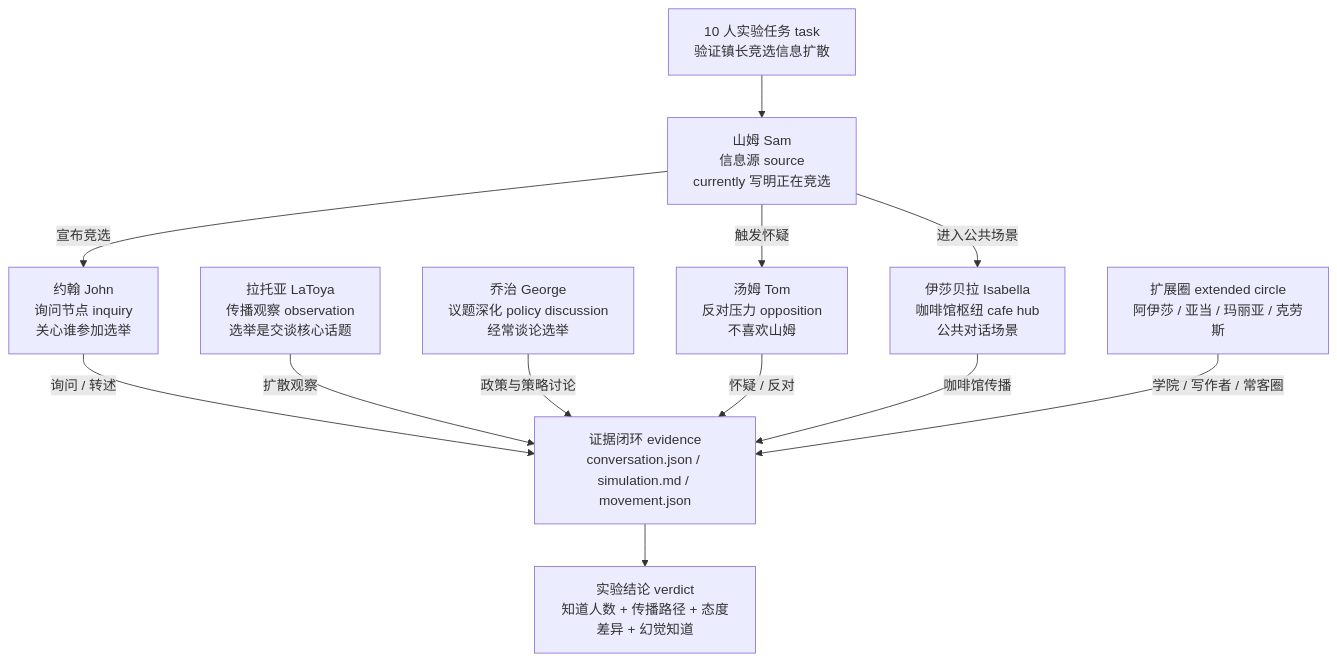
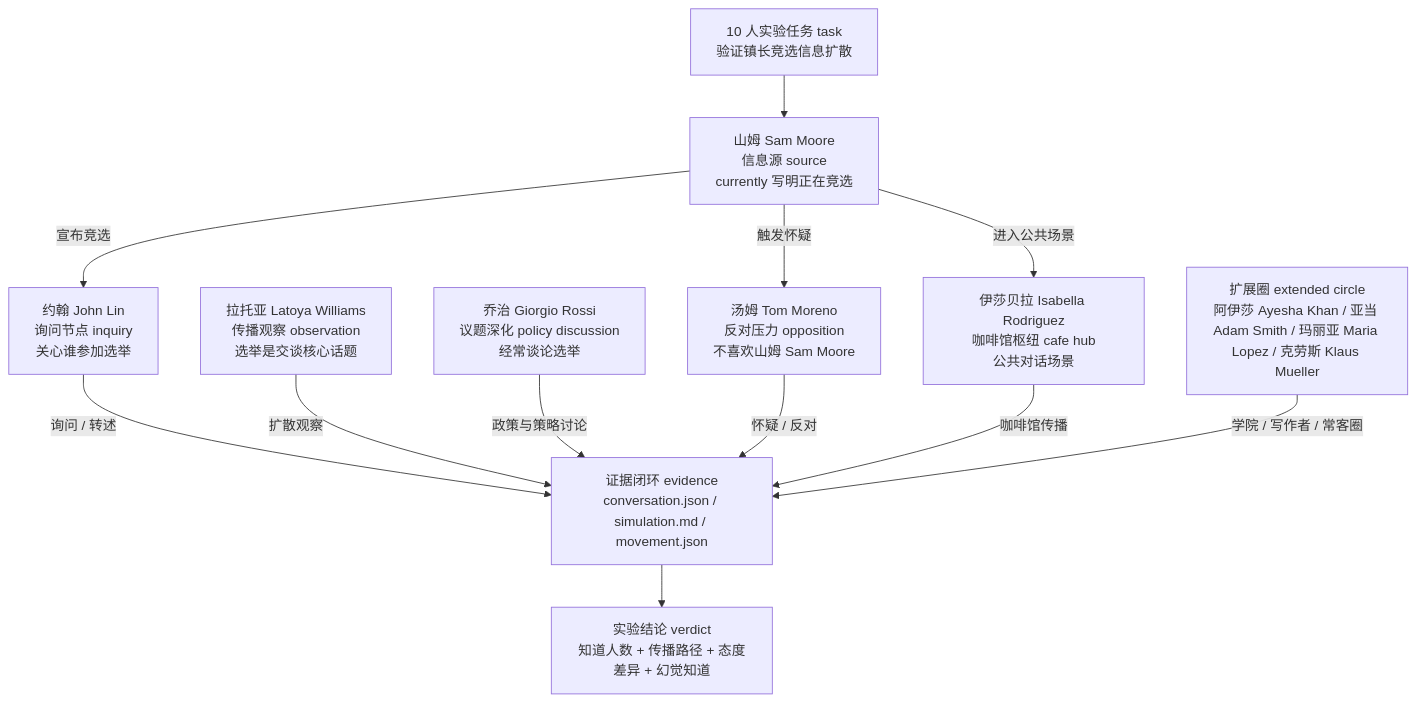
Before and after one commit to tbkken/GenerativeAgentsCN: the second of 7 diagrams in docs/book/manuscript/part_04/chapter_25.md, drawn with Mermaid. The commit also changed other lines of this file and 51 other files, not shown here.

````diff
--- a/docs/book/manuscript/part_04/chapter_25.md
+++ b/docs/book/manuscript/part_04/chapter_25.md
@@ -86,25 +86,25 @@
 ```mermaid
 flowchart TD
     Goal["10 人实验任务 task<br/>验证镇长竞选信息扩散"]
-    Sam["山姆 Sam<br/>信息源 source<br/>currently 写明正在竞选"]
-    Tom["汤姆 Tom<br/>反对压力 opposition<br/>不喜欢山姆"]
-    John["约翰 John<br/>询问节点 inquiry<br/>关心谁参加选举"]
-    Latoya["拉托亚 LaToya<br/>传播观察 observation<br/>选举是交谈核心话题"]
-    George["乔治 George<br/>议题深化 policy discussion<br/>经常谈论选举"]
-    Isabella["伊莎贝拉 Isabella<br/>咖啡馆枢纽 cafe hub<br/>公共对话场景"]
-    Extended["扩展圈 extended circle<br/>阿伊莎 / 亚当 / 玛丽亚 / 克劳斯"]
+    Sam["山姆 Sam Moore<br/>信息源 source<br/>currently 写明正在竞选"]
+    Tom["汤姆 Tom Moreno<br/>反对压力 opposition<br/>不喜欢山姆 Sam Moore"]
+    John["约翰 John Lin<br/>询问节点 inquiry<br/>关心谁参加选举"]
+    Latoya["拉托亚 Latoya Williams<br/>传播观察 observation<br/>选举是交谈核心话题"]
+    George["乔治 Giorgio Rossi<br/>议题深化 policy discussion<br/>经常谈论选举"]
+    Isabella["伊莎贝拉 Isabella Rodriguez<br/>咖啡馆枢纽 cafe hub<br/>公共对话场景"]
+    Extended["扩展圈 extended circle<br/>阿伊莎 Ayesha Khan / 亚当 Adam Smith / 玛丽亚 Maria Lopez / 克劳斯 Klaus Mueller"]
     Evidence["证据闭环 evidence<br/>conversation.json / simulation.md / movement.json"]
     Verdict["实验结论 verdict<br/>知道人数 + 传播路径 + 态度差异 + 幻觉知道"]
 
     Goal --> Sam
     Sam -->|宣布竞选| John
     Sam -->|触发怀疑| Tom
     Sam -->|进入公共场景| Isabella
     John -->|询问 / 转述| Evidence
     Latoya -->|扩散观察| Evidence
     George -->|政策与策略讨论| Evidence
     Tom -->|怀疑 / 反对| Evidence
     Isabella -->|咖啡馆传播| Evidence
     Extended -->|学院 / 写作者 / 常客圈| Evidence
     Evidence --> Verdict
 ```
````
